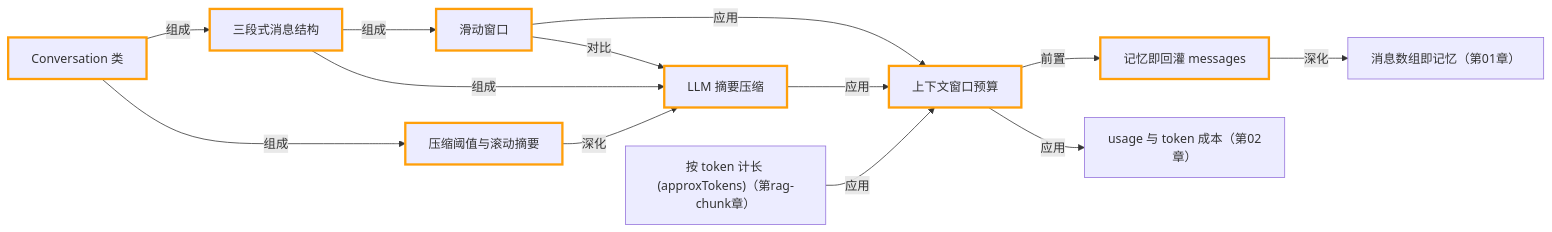
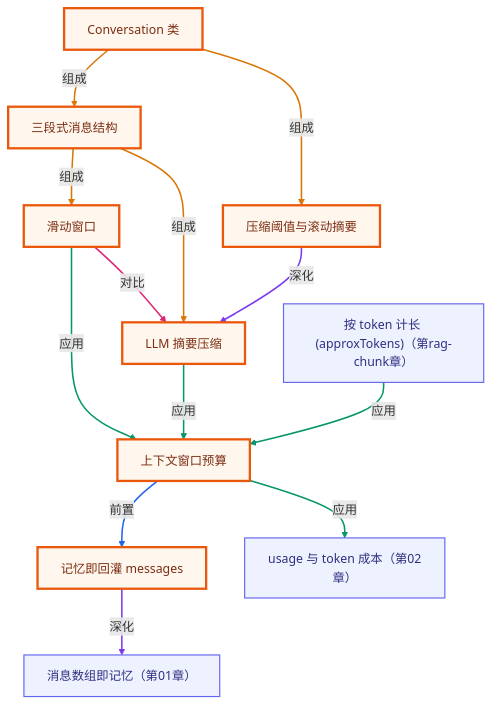
Before and after one commit to songuu/agent: the second of 2 diagrams in lessons/07-short-term-memory/README.md, drawn with Mermaid. The commit also changed other lines of this file and 72 other files, not shown here.

````diff
--- a/lessons/07-short-term-memory/README.md
+++ b/lessons/07-short-term-memory/README.md
@@ -237,32 +239,41 @@
 ```mermaid
-graph LR
+graph TB
+  classDef own fill:#fff7ed,stroke:#ea580c,stroke-width:3px,color:#7c2d12;
+  classDef cross fill:#eef2ff,stroke:#6366f1,stroke-width:1.5px,color:#312e81;
   n_c07_conversation_as_array["记忆即回灌 messages"]
   n_c07_context_window_budget["上下文窗口预算"]
   n_c07_sliding_window["滑动窗口"]
   n_c07_llm_summary_compression["LLM 摘要压缩"]
   n_c07_message_layout["三段式消息结构"]
   n_c07_summarize_threshold["压缩阈值与滚动摘要"]
   n_c07_conversation_class["Conversation 类"]
   n_c01_message_memory["消息数组即记忆（第01章）"]
   n_c02_usage_token["usage 与 token 成本（第02章）"]
   n_cragchunk_token_budget["按 token 计长 (approxTokens)（第rag-chunk章）"]
   n_c07_context_window_budget -->|前置| n_c07_conversation_as_array
   n_c07_sliding_window -->|应用| n_c07_context_window_budget
   n_c07_llm_summary_compression -->|应用| n_c07_context_window_budget
   n_c07_sliding_window -->|对比| n_c07_llm_summary_compression
   n_c07_message_layout -->|组成| n_c07_sliding_window
   n_c07_message_layout -->|组成| n_c07_llm_summary_compression
   n_c07_summarize_threshold -->|深化| n_c07_llm_summary_compression
   n_c07_conversation_class -->|组成| n_c07_message_layout
   n_c07_conversation_class -->|组成| n_c07_summarize_threshold
   n_c07_conversation_as_array -->|深化| n_c01_message_memory
   n_c07_context_window_budget -->|应用| n_c02_usage_token
   n_cragchunk_token_budget -->|应用| n_c07_context_window_budget
-  style n_c07_conversation_as_array stroke:#ff9f0a,stroke-width:3px
-  style n_c07_context_window_budget stroke:#ff9f0a,stroke-width:3px
-  style n_c07_sliding_window stroke:#ff9f0a,stroke-width:3px
-  style n_c07_llm_summary_compression stroke:#ff9f0a,stroke-width:3px
-  style n_c07_message_layout stroke:#ff9f0a,stroke-width:3px
-  style n_c07_summarize_threshold stroke:#ff9f0a,stroke-width:3px
-  style n_c07_conversation_class stroke:#ff9f0a,stroke-width:3px
+  class n_c07_conversation_as_array,n_c07_context_window_budget,n_c07_sliding_window,n_c07_llm_summary_compression,n_c07_message_layout,n_c07_summarize_threshold,n_c07_conversation_class own;
+  class n_c01_message_memory,n_c02_usage_token,n_cragchunk_token_budget cross;
+  linkStyle 0 stroke:#2563eb,stroke-width:2px;
+  linkStyle 1 stroke:#059669,stroke-width:2px;
+  linkStyle 2 stroke:#059669,stroke-width:2px;
+  linkStyle 3 stroke:#db2777,stroke-width:2px;
+  linkStyle 4 stroke:#d97706,stroke-width:2px;
+  linkStyle 5 stroke:#d97706,stroke-width:2px;
+  linkStyle 6 stroke:#7c3aed,stroke-width:2px;
+  linkStyle 7 stroke:#d97706,stroke-width:2px;
+  linkStyle 8 stroke:#d97706,stroke-width:2px;
+  linkStyle 9 stroke:#7c3aed,stroke-width:2px;
+  linkStyle 10 stroke:#059669,stroke-width:2px;
+  linkStyle 11 stroke:#059669,stroke-width:2px;
 ```
````
